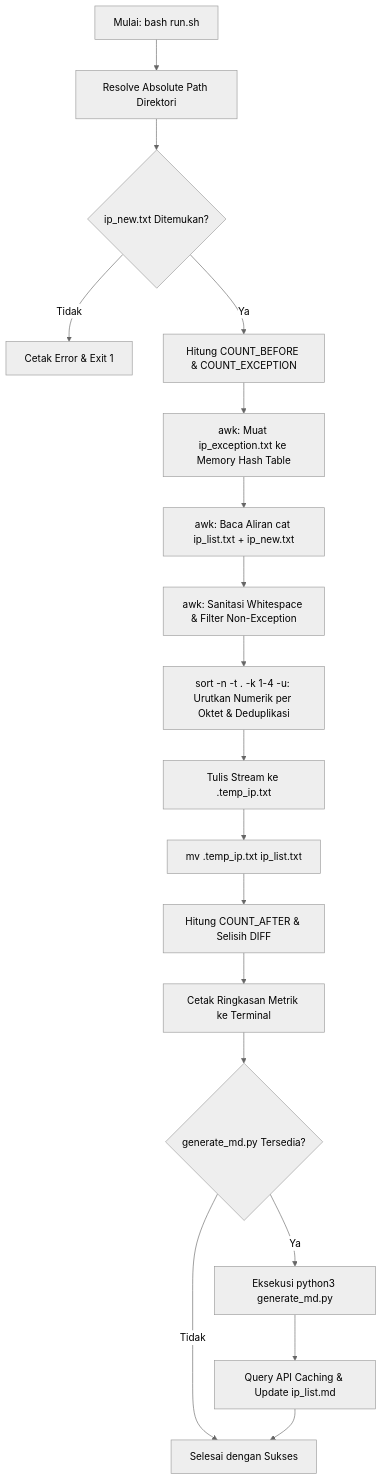
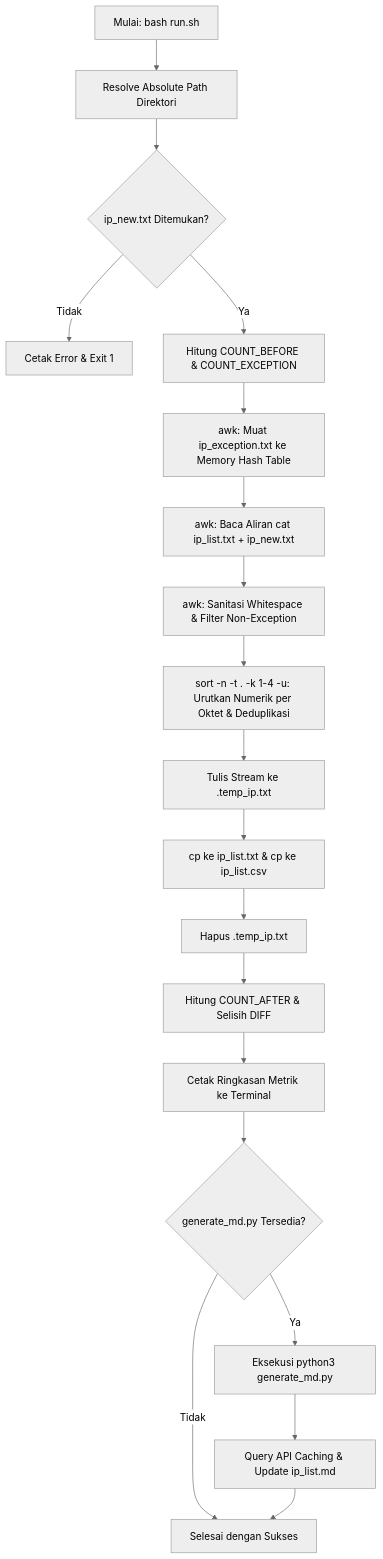
The diagram in README.md (blawoblowa/blackened), drawn with Mermaid (neutral theme) before and after one commit. The commit also changed other lines of this file and 4 other files, not shown here.

Commit message:
update: output 2 files txt & csv

````diff
--- a/README.md
+++ b/README.md
@@ -137,20 +146,21 @@
 ```mermaid
 flowchart TD
     A[Mulai: bash run.sh] --> B[Resolve Absolute Path Direktori]
     B --> C{ip_new.txt Ditemukan?}
     C -- Tidak --> D[Cetak Error & Exit 1]
     C -- Ya --> E[Hitung COUNT_BEFORE & COUNT_EXCEPTION]
     E --> F[awk: Muat ip_exception.txt ke Memory Hash Table]
     F --> G[awk: Baca Aliran cat ip_list.txt + ip_new.txt]
     G --> H[awk: Sanitasi Whitespace & Filter Non-Exception]
     H --> I[sort -n -t . -k 1-4 -u: Urutkan Numerik per Oktet & Deduplikasi]
     I --> J[Tulis Stream ke .temp_ip.txt]
-    J --> K[mv .temp_ip.txt ip_list.txt]
-    K --> L[Hitung COUNT_AFTER & Selisih DIFF]
-    L --> M[Cetak Ringkasan Metrik ke Terminal]
-    M --> N{generate_md.py Tersedia?}
-    N -- Ya --> O[Eksekusi python3 generate_md.py]
-    O --> P[Query API Caching & Update ip_list.md]
-    N -- Tidak --> Q[Selesai]
-    P --> Q[Selesai dengan Sukses]
+    J --> K[cp ke ip_list.txt & cp ke ip_list.csv]
+    K --> L[Hapus .temp_ip.txt]
+    L --> M[Hitung COUNT_AFTER & Selisih DIFF]
+    M --> N[Cetak Ringkasan Metrik ke Terminal]
+    N --> O{generate_md.py Tersedia?}
+    O -- Ya --> P[Eksekusi python3 generate_md.py]
+    P --> Q[Query API Caching & Update ip_list.md]
+    O -- Tidak --> R[Selesai]
+    Q --> R[Selesai dengan Sukses]
 ```
````
